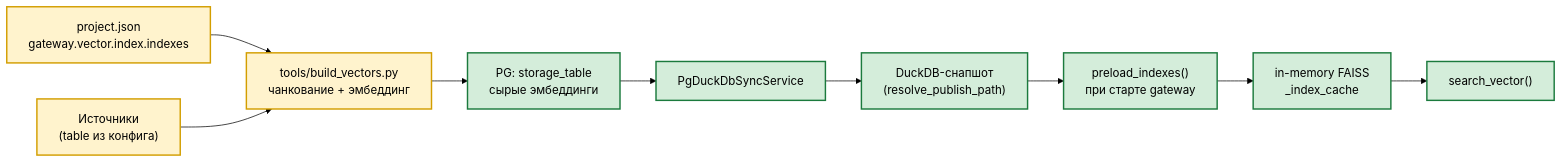
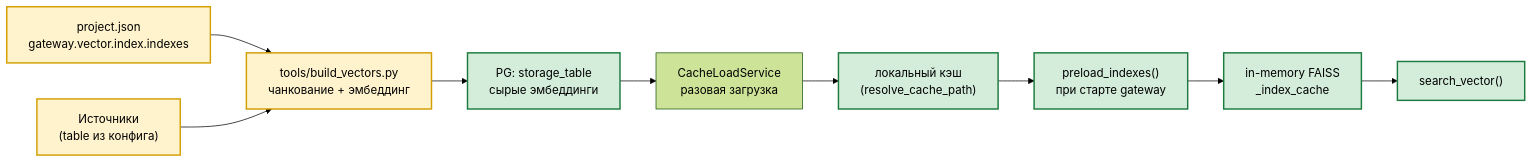
Before and after one commit to AlexEgorov85/workspaces_nanobot: the diagram in docs/VECTOR_INDEXES.md, drawn with Mermaid (forest theme). The commit also changed other lines of this file and 13 other files, not shown here.

````diff
--- a/docs/VECTOR_INDEXES.md
+++ b/docs/VECTOR_INDEXES.md
@@ -8,15 +8,15 @@
 ```mermaid
 flowchart LR
     CFG["project.json<br/>gateway.vector.index.indexes"] --> BL["tools/build_vectors.py<br/>чанкование + эмбеддинг"]
     SRC["Источники<br/>(table из конфига)"] --> BL
     BL --> PG["PG: storage_table<br/>сырые эмбеддинги"]
-    PG --> SYNC["PgDuckDbSyncService"]
-    SYNC --> SNAP["DuckDB-снапшот<br/>(resolve_publish_path)"]
+    PG --> LOAD["CacheLoadService<br/>разовая загрузка"]
+    LOAD --> SNAP["локальный кэш<br/>(resolve_cache_path)"]
     SNAP --> PRE["preload_indexes()<br/>при старте gateway"]
     PRE --> MEM["in-memory FAISS<br/>_index_cache"]
     MEM --> SE["search_vector()"]
     classDef core fill:#fff3cd,stroke:#d39e00,stroke-width:2px
     classDef infra fill:#d4edda,stroke:#1b7a3d,stroke-width:2px
     class CFG,SRC,BL core
     class PG,SYNC,SNAP,PRE,MEM,SE infra
 ```
````
